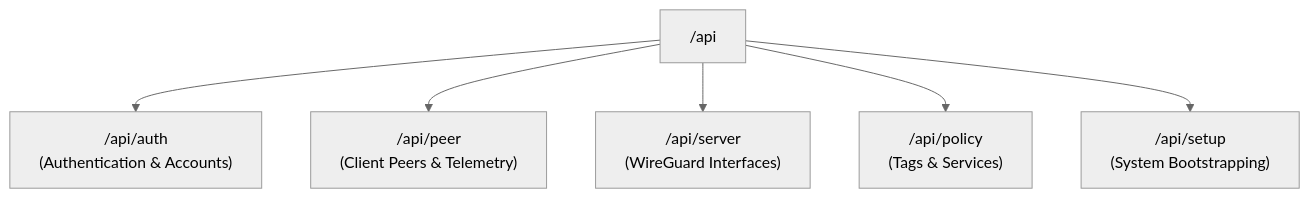
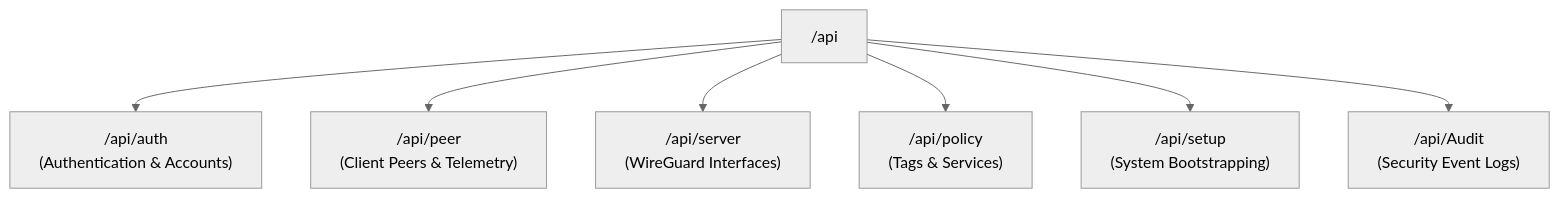
One commit to GWSimoRod/WireManager-docs changed the diagram in docs/api/reference.md. Above: the diagram before and after it, drawn with Mermaid (neutral theme). The commit also changed other lines of this file and 3 other files, not shown here.

````diff
--- a/docs/api/reference.md
+++ b/docs/api/reference.md
@@ -11,9 +11,10 @@
 ```mermaid
 graph TD
     API["/api"]
     API --> Auth["/api/auth<br/>(Authentication & Accounts)"]
     API --> Peer["/api/peer<br/>(Client Peers & Telemetry)"]
     API --> Server["/api/server<br/>(WireGuard Interfaces)"]
     API --> Policy["/api/policy<br/>(Tags & Services)"]
     API --> Setup["/api/setup<br/>(System Bootstrapping)"]
+    API --> Audit["/api/Audit<br/>(Security Event Logs)"]
 ```
````
